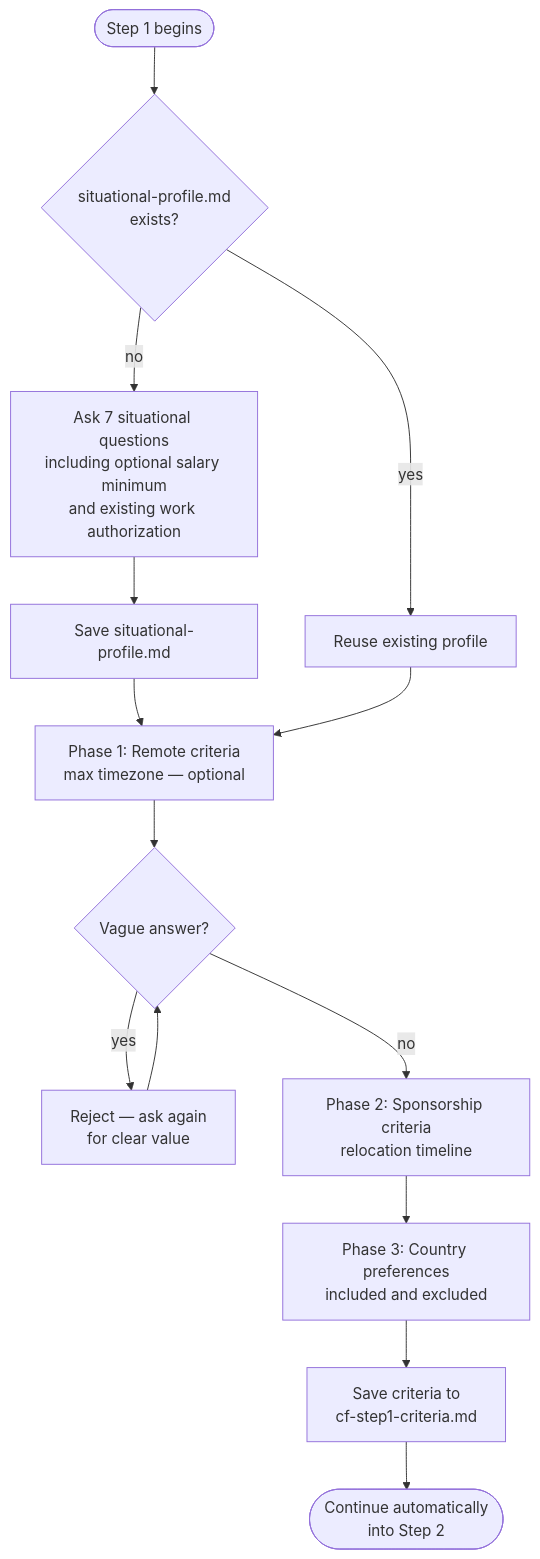
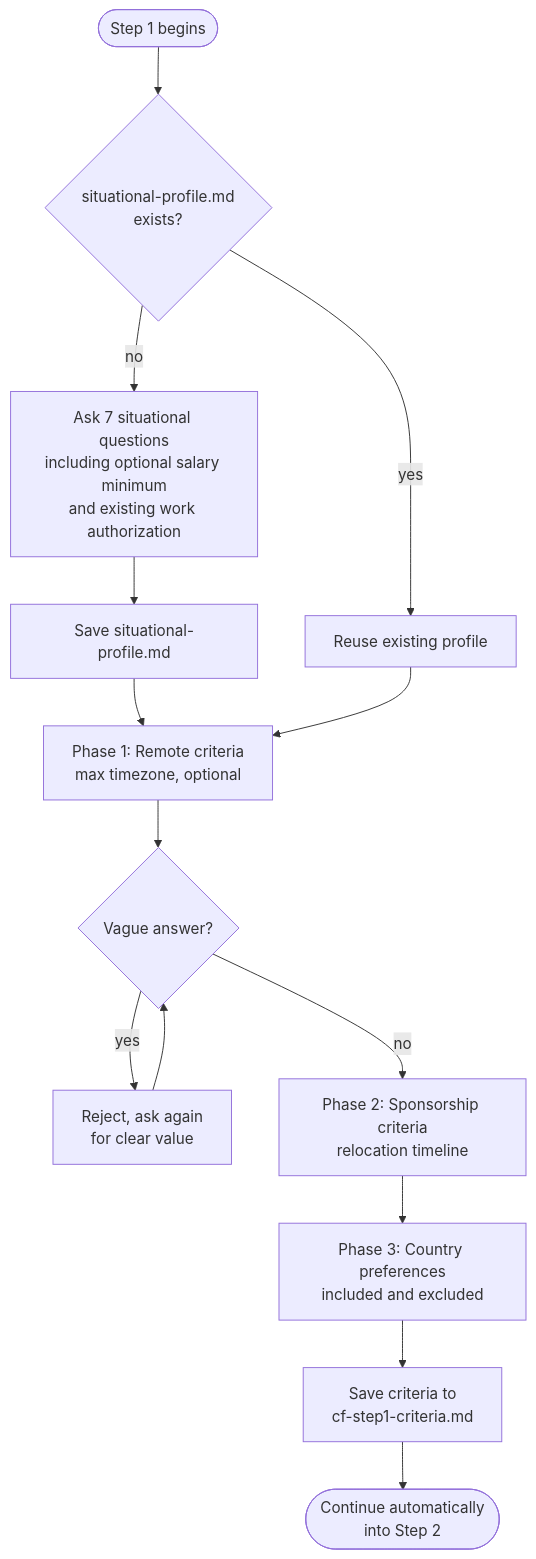
Before and after one commit to myowinthein/agent-compass: the diagram in docs/commands/country-finder/step1-criteria-intake.md, drawn with Mermaid. The commit also changed other lines of this file and 19 other files, not shown here.

````diff
--- a/docs/commands/country-finder/step1-criteria-intake.md
+++ b/docs/commands/country-finder/step1-criteria-intake.md
@@ -14,19 +14,19 @@
 ```mermaid
 flowchart TD
   Start([Step 1 begins]) --> SitCheck{situational-profile.md\nexists?}
   SitCheck -->|yes| Reuse[Reuse existing profile]
   SitCheck -->|no| SitQ[Ask 7 situational questions\nincluding optional salary minimum\nand existing work authorization]
   SitQ --> SaveSit[Save situational-profile.md]
   SaveSit --> P1
   Reuse --> P1
 
-  P1[Phase 1: Remote criteria\nmax timezone — optional] --> Vague1{Vague answer?}
-  Vague1 -->|yes| Ask1[Reject — ask again\nfor clear value]
+  P1[Phase 1: Remote criteria\nmax timezone, optional] --> Vague1{Vague answer?}
+  Vague1 -->|yes| Ask1[Reject, ask again\nfor clear value]
   Ask1 --> Vague1
   Vague1 -->|no| P2
 
   P2[Phase 2: Sponsorship criteria\nrelocation timeline] --> P3
 
   P3[Phase 3: Country preferences\nincluded and excluded] --> Save[Save criteria to\ncf-step1-criteria.md]
   Save --> Continue([Continue automatically\ninto Step 2])
 ```
````
